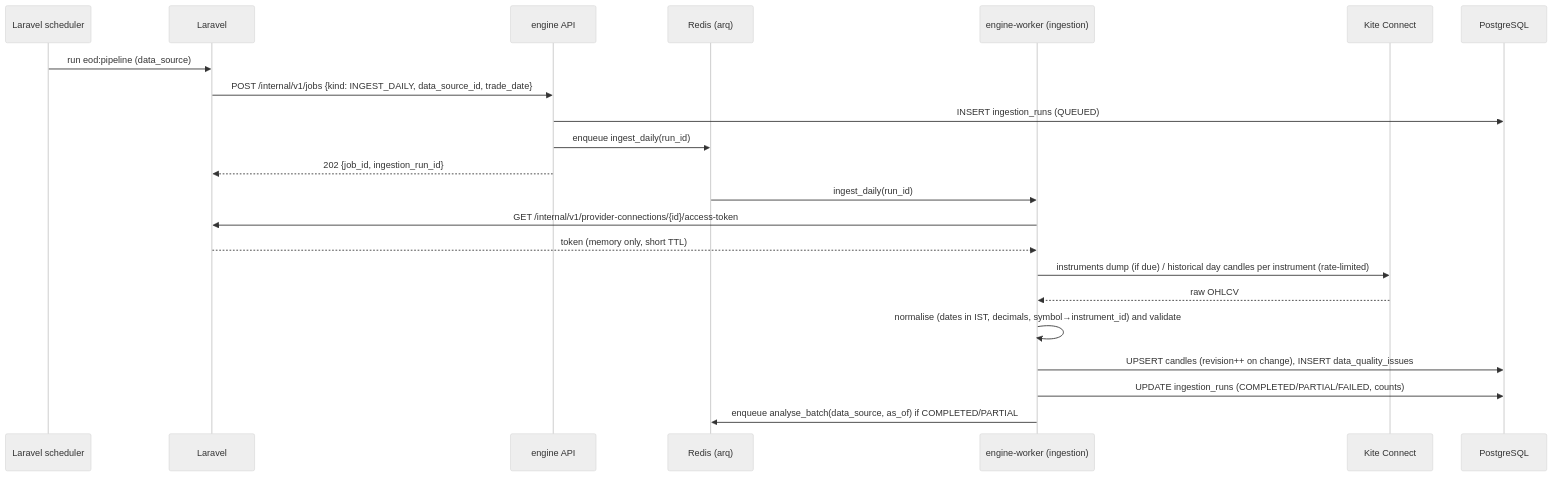
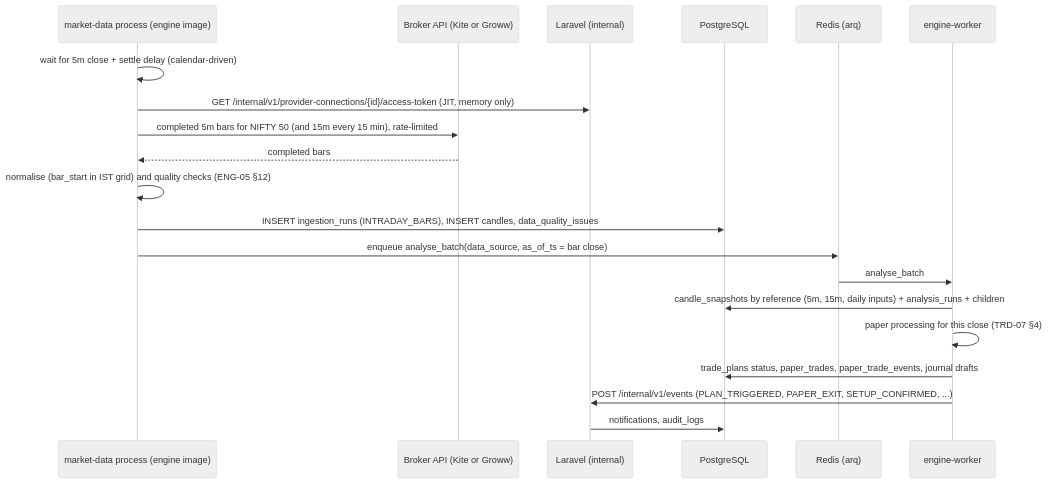
One commit to anirbancodes69/price-action-ai changed the second of 4 diagrams in docs/architecture/05_DATA_FLOW.md. Above: the diagram before and after it, drawn with Mermaid (neutral theme). The commit also changed other lines of this file and 109 other files, not shown here.

````diff
--- a/docs/architecture/05_DATA_FLOW.md
+++ b/docs/architecture/05_DATA_FLOW.md
@@ -34,24 +40,22 @@
 ```mermaid
 sequenceDiagram
-  participant SCH as Laravel scheduler
-  participant BE as Laravel
-  participant EN as engine API
+  participant MD as market-data process (engine image)
+  participant K as Broker API (Kite or Groww)
+  participant BE as Laravel (internal)
+  participant DB as PostgreSQL
   participant Q as Redis (arq)
-  participant W as engine-worker (ingestion)
-  participant K as Kite Connect
-  participant DB as PostgreSQL
-  SCH->>BE: run eod:pipeline (data_source)
-  BE->>EN: POST /internal/v1/jobs {kind: INGEST_DAILY, data_source_id, trade_date}
-  EN->>DB: INSERT ingestion_runs (QUEUED)
-  EN->>Q: enqueue ingest_daily(run_id)
-  EN-->>BE: 202 {job_id, ingestion_run_id}
-  Q->>W: ingest_daily(run_id)
-  W->>BE: GET /internal/v1/provider-connections/{id}/access-token
-  BE-->>W: token (memory only, short TTL)
-  W->>K: instruments dump (if due) / historical day candles per instrument (rate-limited)
-  K-->>W: raw OHLCV
-  W->>W: normalise (dates in IST, decimals, symbol→instrument_id) and validate
-  W->>DB: UPSERT candles (revision++ on change), INSERT data_quality_issues
-  W->>DB: UPDATE ingestion_runs (COMPLETED/PARTIAL/FAILED, counts)
-  W->>Q: enqueue analyse_batch(data_source, as_of) if COMPLETED/PARTIAL
+  participant W as engine-worker
+  MD->>MD: wait for 5m close + settle delay (calendar-driven)
+  MD->>BE: GET /internal/v1/provider-connections/{id}/access-token (JIT, memory only)
+  MD->>K: completed 5m bars for NIFTY 50 (and 15m every 15 min), rate-limited
+  K-->>MD: completed bars
+  MD->>MD: normalise (bar_start in IST grid) and quality checks (ENG-05 §12)
+  MD->>DB: INSERT ingestion_runs (INTRADAY_BARS), INSERT candles, data_quality_issues
+  MD->>Q: enqueue analyse_batch(data_source, as_of_ts = bar close)
+  Q->>W: analyse_batch
+  W->>DB: candle_snapshots by reference (5m, 15m, daily inputs) + analysis_runs + children
+  W->>W: paper processing for this close (TRD-07 §4)
+  W->>DB: trade_plans status, paper_trades, paper_trade_events, journal drafts
+  W->>BE: POST /internal/v1/events (PLAN_TRIGGERED, PAPER_EXIT, SETUP_CONFIRMED, ...)
+  BE->>DB: notifications, audit_logs
 ```
````
